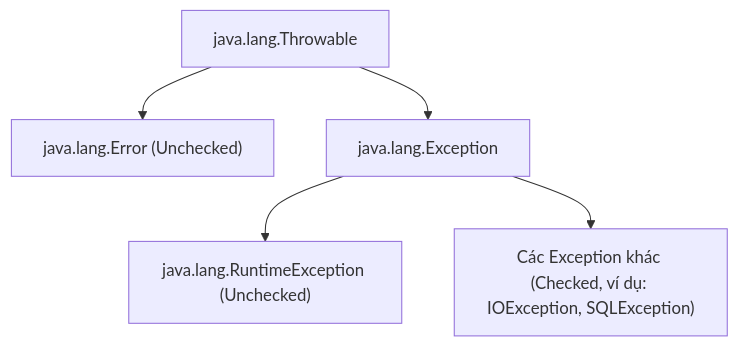
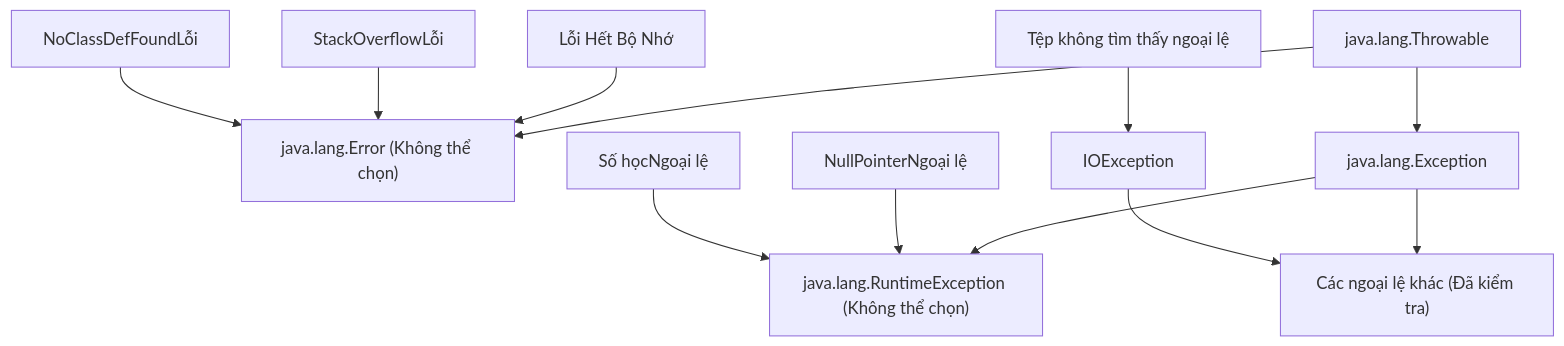
The second of 2 diagrams in vi/no12_exception_handling/theory/01-what-is-an-exception-concepts.md (PhuThien2005/theoretical-of-java-core), drawn with Mermaid before and after one commit. The commit also changed other lines of this file and 18 other files, not shown here.

````diff
--- a/vi/no12_exception_handling/theory/01-what-is-an-exception-concepts.md
+++ b/vi/no12_exception_handling/theory/01-what-is-an-exception-concepts.md
@@ -104,7 +121,25 @@
 ```mermaid
 graph TD
-    Throwable["java.lang.Throwable"] --> Error["java.lang.Error (Unchecked)"]
-    Throwable --> Exception["java.lang.Exception"]
-    Exception --> RuntimeException["java.lang.RuntimeException (Unchecked)"]
-    Exception --> CheckedException["Các Exception khác (Checked, ví dụ: IOException, SQLException)"]
+    Throwable["java.lang.Throwable"]
+    Error["java.lang.Error (Không thể chọn)"]
+    Exception["java.lang.Exception"]
+    
+    Throwable --> Error
+    Throwable --> Exception
+    
+    RuntimeException["java.lang.RuntimeException (Không thể chọn)"]
+    OtherExceptions["Các ngoại lệ khác (Đã kiểm tra)"]
+    
+    Exception --> RuntimeException
+    Exception --> OtherExceptions
+    
+    OutOfMemoryError["Lỗi Hết Bộ Nhớ"] --> Error
+    StackOverflowError["StackOverflowLỗi"] --> Error
+    NoClassDefFoundError["NoClassDefFoundLỗi"] --> Error
+    
+    NullPointerException["NullPointerNgoại lệ"] --> RuntimeException
+    ArithmeticException["Số họcNgoại lệ"] --> RuntimeException
+    
+    IOException["IOException"] --> OtherExceptions
+    FileNotFoundException["Tệp không tìm thấy ngoại lệ"] --> IOException
 ```
````
